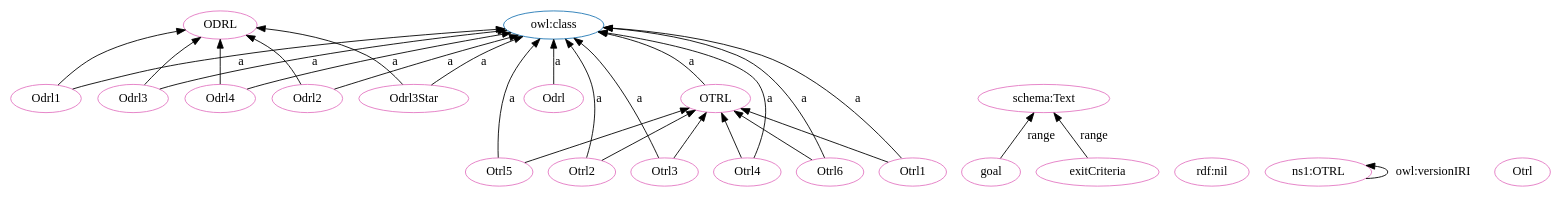
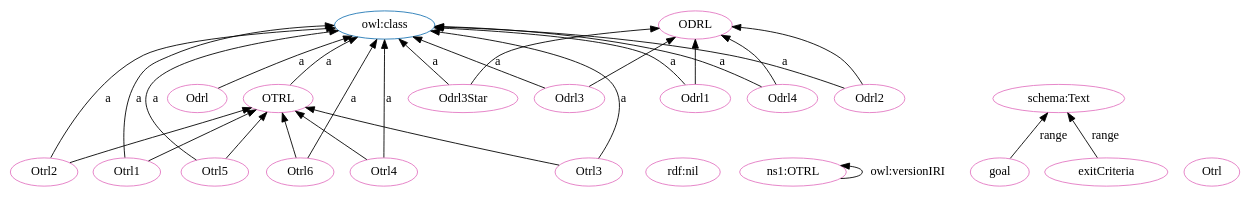
One commit to OPEN-NEXT/OKH-LOSH changed the diagram in OTRL-clean.dot. Above: the diagram before and after it, drawn with Graphviz. The commit also changed other lines of this file and 15 other files, not shown here.

```diff
--- a/OTRL-clean.dot
+++ b/OTRL-clean.dot
@@ -1,54 +1,54 @@
 digraph G {
   rankdir=BT
   node[height=.3]
+"http://purl.org/oseg/ontologies/OTRL#OTRL" [fillcolor="#1f77b4" color="#1f77b4" label="OTRL"]
+"http://www.w3.org/2002/07/owl#class" [fillcolor="#1f77b4" color="#1f77b4" label="owl:class"]
 "http://purl.org/oseg/ontologies/OTRL#ODRL" [fillcolor="#1f77b4" color="#1f77b4" label="ODRL"]
-"http://www.w3.org/2002/07/owl#class" [fillcolor="#1f77b4" color="#1f77b4" label="owl:class"]
-"http://purl.org/oseg/ontologies/OTRL#OTRL" [fillcolor="#1f77b4" color="#1f77b4" label="OTRL"]
-"http://purl.org/oseg/ontologies/OTRL#OTRL" [fillcolor="#e377c2" color="#e377c2" label="OTRL"]
-"http://schema.org/Text" [fillcolor="#e377c2" color="#e377c2" label="schema:Text"]
+"http://purl.org/oseg/ontologies/OTRL#Otrl3" [fillcolor="#e377c2" color="#e377c2" label="Otrl3"]
+"http://purl.org/oseg/ontologies/OTRL#Odrl" [fillcolor="#e377c2" color="#e377c2" label="Odrl"]
+"http://purl.org/oseg/ontologies/OTRL#Otrl2" [fillcolor="#e377c2" color="#e377c2" label="Otrl2"]
+"http://purl.org/oseg/ontologies/OTRL#Odrl2" [fillcolor="#e377c2" color="#e377c2" label="Odrl2"]
+"http://purl.org/oseg/ontologies/OTRL#Odrl3Star" [fillcolor="#e377c2" color="#e377c2" label="Odrl3Star"]
 "http://purl.org/oseg/ontologies/OTRL#ODRL" [fillcolor="#e377c2" color="#e377c2" label="ODRL"]
+"http://purl.org/oseg/ontologies/OTRL#Otrl4" [fillcolor="#e377c2" color="#e377c2" label="Otrl4"]
+"http://purl.org/oseg/ontologies/OTRL#Odrl4" [fillcolor="#e377c2" color="#e377c2" label="Odrl4"]
+"http://purl.org/oseg/ontologies/OTRL#Odrl3" [fillcolor="#e377c2" color="#e377c2" label="Odrl3"]
 "http://www.w3.org/1999/02/22-rdf-syntax-ns#nil" [fillcolor="#e377c2" color="#e377c2" label="rdf:nil"]
 "http://purl.org/oseg/ontologies/OTRL" [fillcolor="#e377c2" color="#e377c2" label="ns1:OTRL"]
 "http://purl.org/oseg/ontologies/OTRL#goal" [fillcolor="#e377c2" color="#e377c2" label="goal"]
+"http://purl.org/oseg/ontologies/OTRL#OTRL" [fillcolor="#e377c2" color="#e377c2" label="OTRL"]
+"http://purl.org/oseg/ontologies/OTRL#Otrl1" [fillcolor="#e377c2" color="#e377c2" label="Otrl1"]
+"http://purl.org/oseg/ontologies/OTRL#exitCriteria" [fillcolor="#e377c2" color="#e377c2" label="exitCriteria"]
+"http://purl.org/oseg/ontologies/OTRL#Otrl6" [fillcolor="#e377c2" color="#e377c2" label="Otrl6"]
 "http://purl.org/oseg/ontologies/OTRL#Otrl" [fillcolor="#e377c2" color="#e377c2" label="Otrl"]
-"http://purl.org/oseg/ontologies/OTRL#Odrl" [fillcolor="#e377c2" color="#e377c2" label="Odrl"]
+"http://schema.org/Text" [fillcolor="#e377c2" color="#e377c2" label="schema:Text"]
+"http://purl.org/oseg/ontologies/OTRL#Odrl1" [fillcolor="#e377c2" color="#e377c2" label="Odrl1"]
 "http://purl.org/oseg/ontologies/OTRL#Otrl5" [fillcolor="#e377c2" color="#e377c2" label="Otrl5"]
-"http://purl.org/oseg/ontologies/OTRL#Otrl2" [fillcolor="#e377c2" color="#e377c2" label="Otrl2"]
-"http://purl.org/oseg/ontologies/OTRL#Odrl1" [fillcolor="#e377c2" color="#e377c2" label="Odrl1"]
-"http://purl.org/oseg/ontologies/OTRL#Otrl3" [fillcolor="#e377c2" color="#e377c2" label="Otrl3"]
-"http://purl.org/oseg/ontologies/OTRL#Odrl3" [fillcolor="#e377c2" color="#e377c2" label="Odrl3"]
-"http://purl.org/oseg/ontologies/OTRL#Odrl4" [fillcolor="#e377c2" color="#e377c2" label="Odrl4"]
-"http://purl.org/oseg/ontologies/OTRL#exitCriteria" [fillcolor="#e377c2" color="#e377c2" label="exitCriteria"]
-"http://purl.org/oseg/ontologies/OTRL#Odrl2" [fillcolor="#e377c2" color="#e377c2" label="Odrl2"]
-"http://purl.org/oseg/ontologies/OTRL#Otrl4" [fillcolor="#e377c2" color="#e377c2" label="Otrl4"]
-"http://purl.org/oseg/ontologies/OTRL#Otrl6" [fillcolor="#e377c2" color="#e377c2" label="Otrl6"]
-"http://purl.org/oseg/ontologies/OTRL#Odrl3Star" [fillcolor="#e377c2" color="#e377c2" label="Odrl3Star"]
-"http://purl.org/oseg/ontologies/OTRL#Otrl1" [fillcolor="#e377c2" color="#e377c2" label="Otrl1"]
-  "http://purl.org/oseg/ontologies/OTRL#Otrl3" -> "http://purl.org/oseg/ontologies/OTRL#OTRL" [label=""]
-  "http://purl.org/oseg/ontologies/OTRL#exitCriteria" -> "http://schema.org/Text" [label="range"]
-  "http://purl.org/oseg/ontologies/OTRL#Odrl4" -> "http://purl.org/oseg/ontologies/OTRL#ODRL" [label=""]
-  "http://purl.org/oseg/ontologies/OTRL#Odrl" -> "http://www.w3.org/2002/07/owl#class" [label="a"]
+  "http://purl.org/oseg/ontologies/OTRL#Otrl3" -> "http://www.w3.org/2002/07/owl#class" [label="a"]
+  "http://purl.org/oseg/ontologies/OTRL#Odrl2" -> "http://www.w3.org/2002/07/owl#class" [label="a"]
+  "http://purl.org/oseg/ontologies/OTRL#Odrl3Star" -> "http://purl.org/oseg/ontologies/OTRL#ODRL" [label=""]
+  "http://purl.org/oseg/ontologies/OTRL#Otrl4" -> "http://www.w3.org/2002/07/owl#class" [label="a"]
+  "http://purl.org/oseg/ontologies/OTRL#Odrl4" -> "http://www.w3.org/2002/07/owl#class" [label="a"]
   "http://purl.org/oseg/ontologies/OTRL#Otrl6" -> "http://purl.org/oseg/ontologies/OTRL#OTRL" [label=""]
-  "http://purl.org/oseg/ontologies/OTRL#Odrl4" -> "http://www.w3.org/2002/07/owl#class" [label="a"]
-  "http://purl.org/oseg/ontologies/OTRL#Otrl6" -> "http://www.w3.org/2002/07/owl#class" [label="a"]
   "http://purl.org/oseg/ontologies/OTRL#Otrl1" -> "http://www.w3.org/2002/07/owl#class" [label="a"]
+  "http://purl.org/oseg/ontologies/OTRL#Otrl5" -> "http://purl.org/oseg/ontologies/OTRL#OTRL" [label=""]
+  "http://purl.org/oseg/ontologies/OTRL#Otrl1" -> "http://purl.org/oseg/ontologies/OTRL#OTRL" [label=""]
   "http://purl.org/oseg/ontologies/OTRL" -> "http://purl.org/oseg/ontologies/OTRL" [label="owl:versionIRI"]
   "http://purl.org/oseg/ontologies/OTRL#Odrl2" -> "http://purl.org/oseg/ontologies/OTRL#ODRL" [label=""]
+  "http://purl.org/oseg/ontologies/OTRL#Otrl3" -> "http://purl.org/oseg/ontologies/OTRL#OTRL" [label=""]
+  "http://purl.org/oseg/ontologies/OTRL#Otrl6" -> "http://www.w3.org/2002/07/owl#class" [label="a"]
+  "http://purl.org/oseg/ontologies/OTRL#Otrl2" -> "http://purl.org/oseg/ontologies/OTRL#OTRL" [label=""]
+  "http://purl.org/oseg/ontologies/OTRL#Odrl1" -> "http://www.w3.org/2002/07/owl#class" [label="a"]
+  "http://purl.org/oseg/ontologies/OTRL#Otrl5" -> "http://www.w3.org/2002/07/owl#class" [label="a"]
+  "http://purl.org/oseg/ontologies/OTRL#Odrl" -> "http://www.w3.org/2002/07/owl#class" [label="a"]
+  "http://purl.org/oseg/ontologies/OTRL#Otrl2" -> "http://www.w3.org/2002/07/owl#class" [label="a"]
+  "http://purl.org/oseg/ontologies/OTRL#Odrl3Star" -> "http://www.w3.org/2002/07/owl#class" [label="a"]
+  "http://purl.org/oseg/ontologies/OTRL#Odrl3" -> "http://www.w3.org/2002/07/owl#class" [label="a"]
+  "http://purl.org/oseg/ontologies/OTRL#Odrl4" -> "http://purl.org/oseg/ontologies/OTRL#ODRL" [label=""]
   "http://purl.org/oseg/ontologies/OTRL#Odrl1" -> "http://purl.org/oseg/ontologies/OTRL#ODRL" [label=""]
-  "http://purl.org/oseg/ontologies/OTRL#Otrl5" -> "http://www.w3.org/2002/07/owl#class" [label="a"]
-  "http://purl.org/oseg/ontologies/OTRL#Otrl2" -> "http://www.w3.org/2002/07/owl#class" [label="a"]
-  "http://purl.org/oseg/ontologies/OTRL#Otrl5" -> "http://purl.org/oseg/ontologies/OTRL#OTRL" [label=""]
-  "http://purl.org/oseg/ontologies/OTRL#Otrl2" -> "http://purl.org/oseg/ontologies/OTRL#OTRL" [label=""]
+  "http://purl.org/oseg/ontologies/OTRL#exitCriteria" -> "http://schema.org/Text" [label="range"]
   "http://purl.org/oseg/ontologies/OTRL#Odrl3" -> "http://purl.org/oseg/ontologies/OTRL#ODRL" [label=""]
-  "http://purl.org/oseg/ontologies/OTRL#Odrl3Star" -> "http://purl.org/oseg/ontologies/OTRL#ODRL" [label=""]
-  "http://purl.org/oseg/ontologies/OTRL#Odrl1" -> "http://www.w3.org/2002/07/owl#class" [label="a"]
-  "http://purl.org/oseg/ontologies/OTRL#Otrl3" -> "http://www.w3.org/2002/07/owl#class" [label="a"]
-  "http://purl.org/oseg/ontologies/OTRL#Odrl3" -> "http://www.w3.org/2002/07/owl#class" [label="a"]
-  "http://purl.org/oseg/ontologies/OTRL#Otrl1" -> "http://purl.org/oseg/ontologies/OTRL#OTRL" [label=""]
   "http://purl.org/oseg/ontologies/OTRL#OTRL" -> "http://www.w3.org/2002/07/owl#class" [label="a"]
-  "http://purl.org/oseg/ontologies/OTRL#Odrl2" -> "http://www.w3.org/2002/07/owl#class" [label="a"]
-  "http://purl.org/oseg/ontologies/OTRL#Otrl4" -> "http://www.w3.org/2002/07/owl#class" [label="a"]
   "http://purl.org/oseg/ontologies/OTRL#Otrl4" -> "http://purl.org/oseg/ontologies/OTRL#OTRL" [label=""]
   "http://purl.org/oseg/ontologies/OTRL#goal" -> "http://schema.org/Text" [label="range"]
-  "http://purl.org/oseg/ontologies/OTRL#Odrl3Star" -> "http://www.w3.org/2002/07/owl#class" [label="a"]
 }
```
